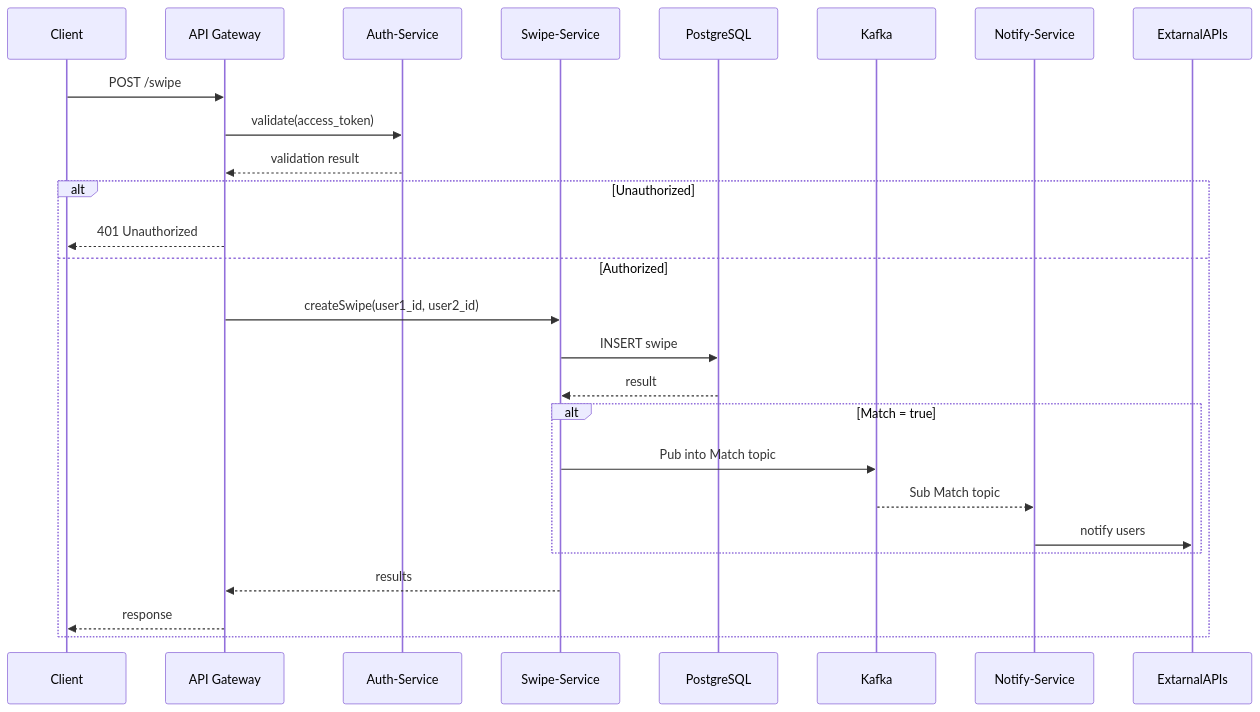
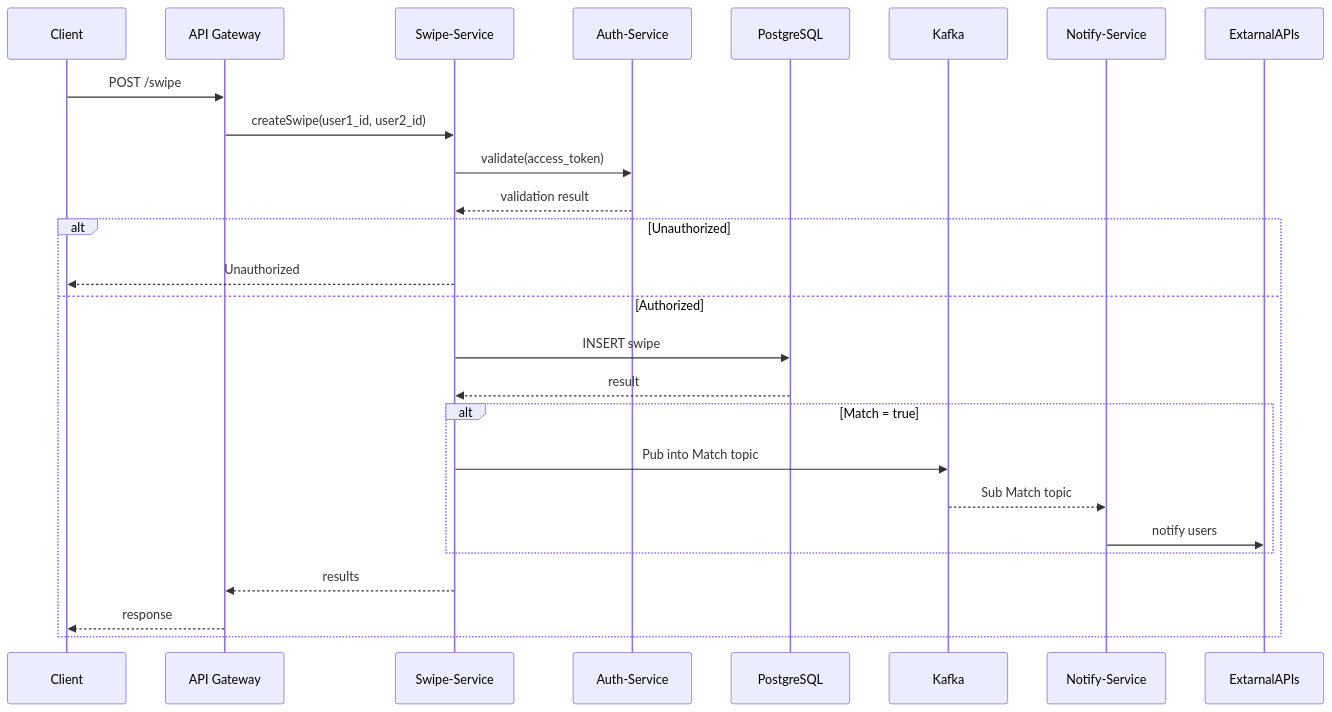
One commit to isOdin-l/TinderArt changed the ninth of 9 diagrams in docs/workflow-informative.md. Above: the diagram before and after it, drawn with Mermaid. The commit also changed other lines of this file and 5 other files, not shown here.

Commit message:
docs: updated workflow, architecture, structures docs

````diff
--- a/docs/workflow-informative.md
+++ b/docs/workflow-informative.md
@@ -274,36 +238,36 @@
 ```mermaid
 sequenceDiagram
     participant Client
     participant Gateway as API Gateway
+    participant Swipe as Swipe-Service
     participant Auth as Auth-Service
-    participant Swipe as Swipe-Service
     participant DB as PostgreSQL
     participant Kafka
     participant Notify as Notify-Service
     participant External as ExtarnalAPIs
 
     Client->>Gateway: POST /swipe
 
-    Gateway->>Auth: validate(access_token)
-    Auth-->>Gateway: validation result
+    Gateway->>Swipe: createSwipe(user1_id, user2_id)
+    Swipe->>Auth: validate(access_token)
+    Auth-->>Swipe: validation result
 
     alt Unauthorized
-        Gateway-->>Client: 401 Unauthorized
+        Swipe-->>Client: Unauthorized
     else Authorized
-        Gateway->>Swipe: createSwipe(user1_id, user2_id)
 
         Swipe->>DB: INSERT swipe
         DB-->>Swipe: result
 
         alt Match = true
             Swipe->>Kafka: Pub into Match topic
 
             Kafka-->>Notify: Sub Match topic
 
             Notify->>External: notify users
         end
 
         Swipe-->>Gateway: results
         Gateway-->>Client: response
     end
 ```
````
